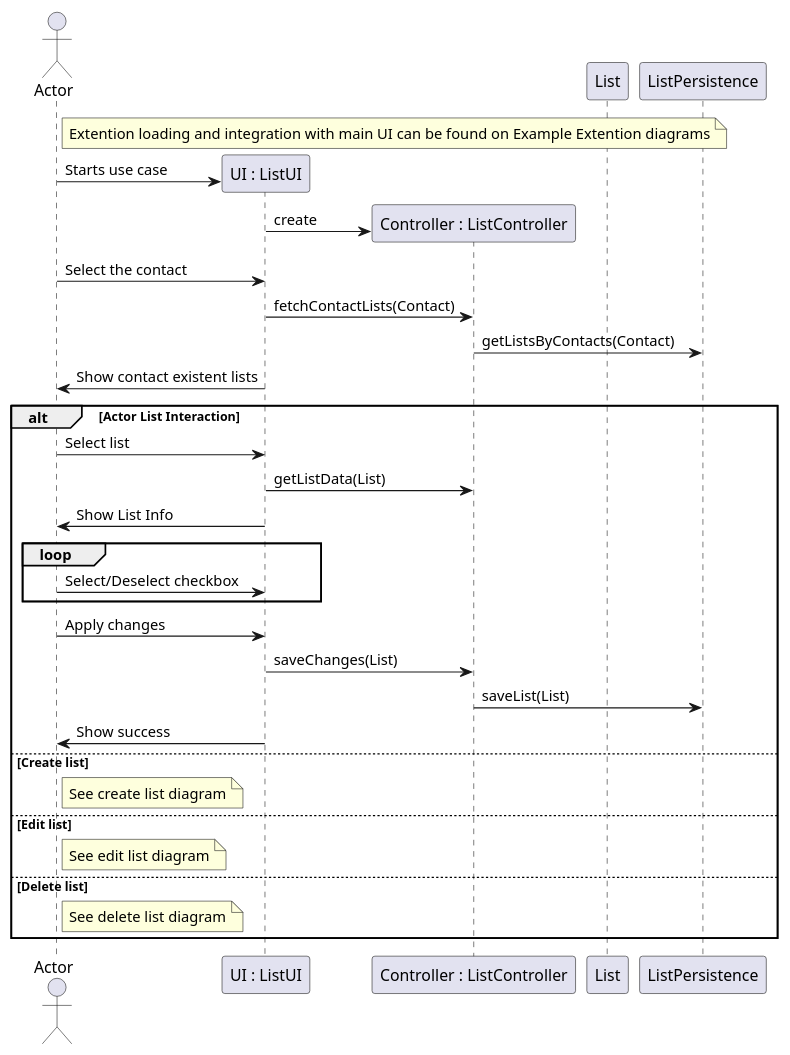
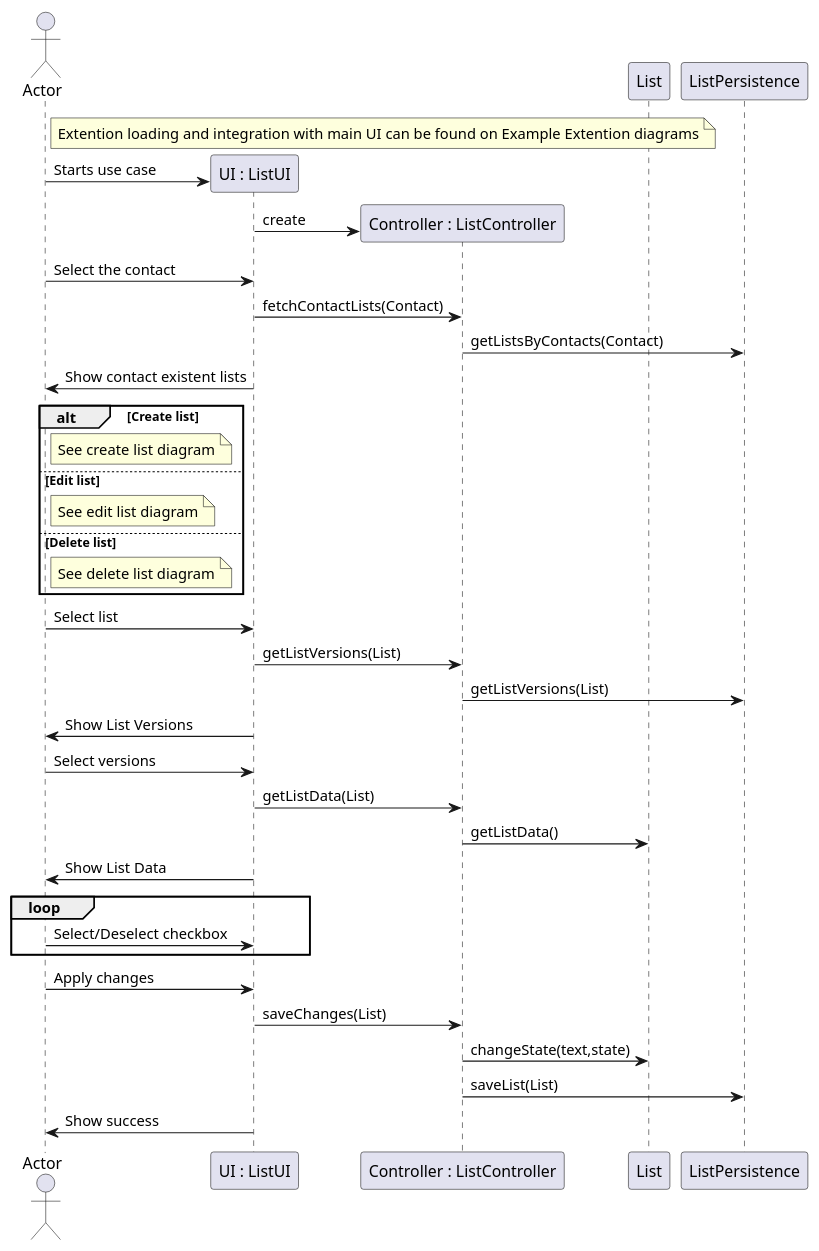
One commit to RubenTeixeira/cleansheets_isep_2dg_2016 changed the diagram in src/main/java/csheets/worklog/n1141071/sprint3/crm04_02_design.puml. Above: the diagram before and after it, drawn with PlantUML. The commit also changed 3 other files, not shown here.

Commit message:
LPFOURDG-221 #comment Update diagrams.

```diff
--- a/src/main/java/csheets/worklog/n1141071/sprint3/crm04_02_design.puml
+++ b/src/main/java/csheets/worklog/n1141071/sprint3/crm04_02_design.puml
@@ -1,45 +1,50 @@
 @startuml doc-files/crm04_02_design.png
 actor Actor
 
   participant "UI : ListUI" as UI 
   participant "Controller : ListController" as controller
   participant "List" as list
   participant "ListPersistence" as persistence
 
   note right of Actor
         Extention loading and integration with main UI can be found on Example Extention diagrams
   end note 
 
   create UI
   Actor -> UI : Starts use case
   create controller
   UI -> controller : create
   Actor -> UI : Select the contact
   UI -> controller : fetchContactLists(Contact)
   controller -> persistence : getListsByContacts(Contact)
   UI -> Actor : Show contact existent lists
-  alt Actor List Interaction
-    Actor -> UI : Select list
-    UI -> controller : getListData(List)
-    UI -> Actor : Show List Info
-    loop
-        Actor -> UI : Select/Deselect checkbox
-    end loop
-    Actor -> UI : Apply changes
-    UI -> controller : saveChanges(List)
-    controller -> persistence : saveList(List)
-    UI -> Actor : Show success
-  else Create list
+  alt Create list
     note right of Actor
         See create list diagram
     end note
   else Edit list
     note right of Actor
         See edit list diagram
     end note
   else Delete list
     note right of Actor
         See delete list diagram
     end note
   end
+  Actor -> UI : Select list
+  UI -> controller : getListVersions(List)
+  controller -> persistence : getListVersions(List)
+  UI -> Actor : Show List Versions
+  Actor -> UI : Select versions
+  UI -> controller : getListData(List)
+  controller -> list : getListData()
+  UI -> Actor : Show List Data
+  loop
+    Actor -> UI : Select/Deselect checkbox
+  end loop
+  Actor -> UI : Apply changes
+  UI -> controller : saveChanges(List)
+  controller -> list : changeState(text,state)
+  controller -> persistence : saveList(List)
+  UI -> Actor : Show success
 @enduml
```
